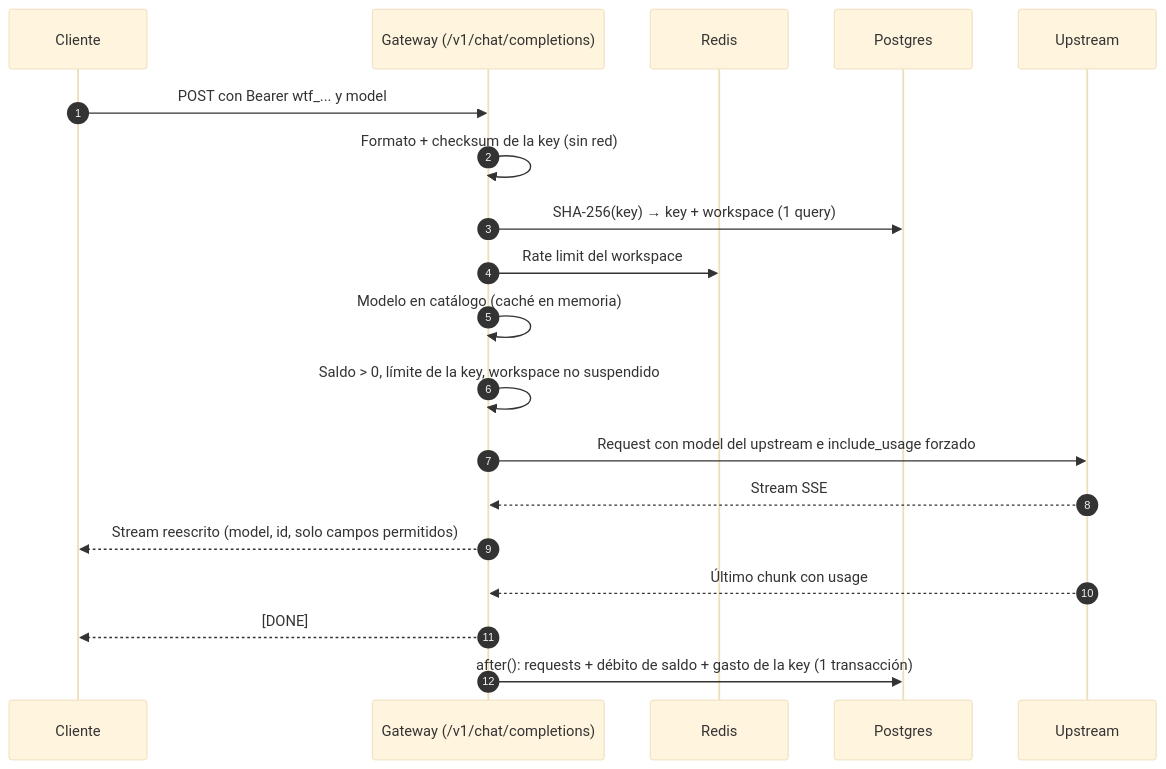
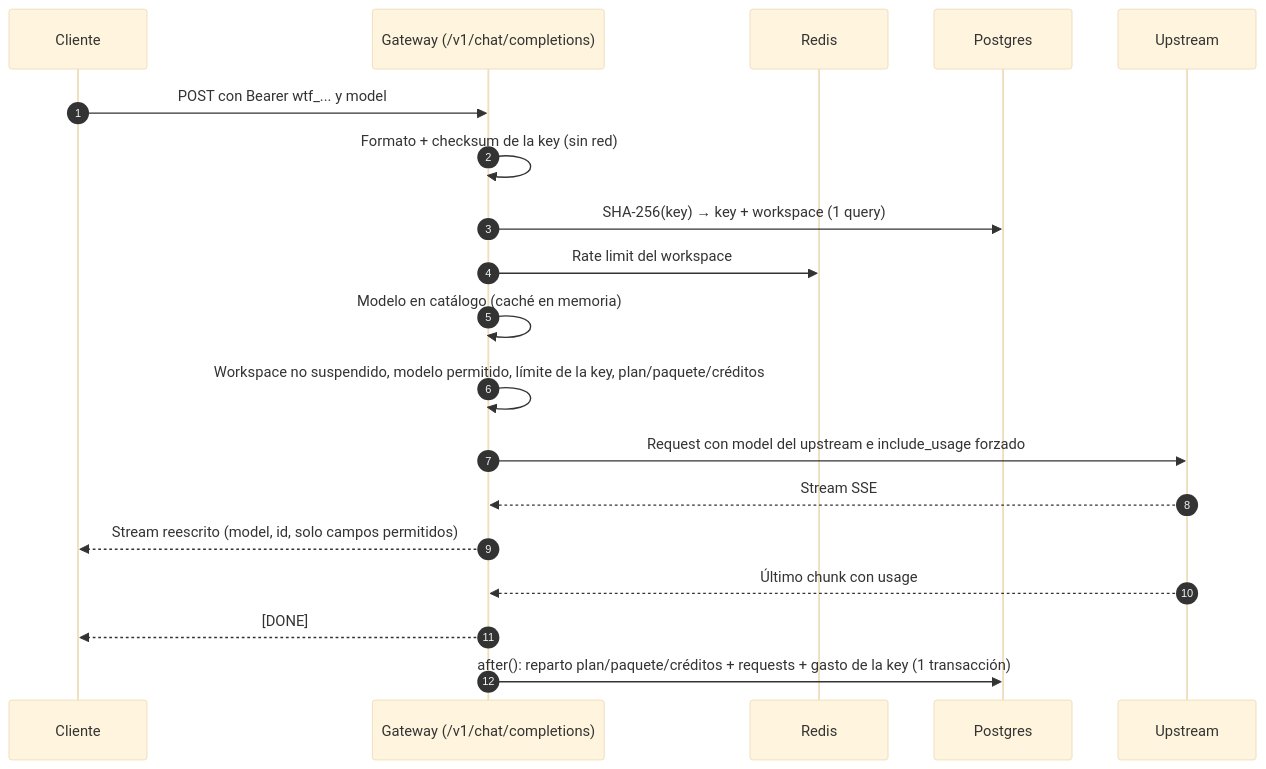
Before and after one commit to 0xPasho/cheaptokens.wtf: the second of 2 diagrams in docs/03-arquitectura.md, drawn with Mermaid (base theme). The commit also changed other lines of this file and 16 other files, not shown here.

````diff
--- a/docs/03-arquitectura.md
+++ b/docs/03-arquitectura.md
@@ -107,22 +107,22 @@
 ```mermaid
 sequenceDiagram
   autonumber
   participant C as Cliente
   participant G as Gateway (/v1/chat/completions)
   participant R as Redis
   participant DB as Postgres
   participant U as Upstream
 
   C->>G: POST con Bearer wtf_... y model
   G->>G: Formato + checksum de la key (sin red)
   G->>DB: SHA-256(key) → key + workspace (1 query)
   G->>R: Rate limit del workspace
   G->>G: Modelo en catálogo (caché en memoria)
-  G->>G: Saldo > 0, límite de la key, workspace no suspendido
+  G->>G: Workspace no suspendido, modelo permitido, límite de la key, plan/paquete/créditos
   G->>U: Request con model del upstream e include_usage forzado
   U-->>G: Stream SSE
   G-->>C: Stream reescrito (model, id, solo campos permitidos)
   U-->>G: Último chunk con usage
   G-->>C: [DONE]
-  G->>DB: after(): requests + débito de saldo + gasto de la key (1 transacción)
+  G->>DB: after(): reparto plan/paquete/créditos + requests + gasto de la key (1 transacción)
 ```
````
